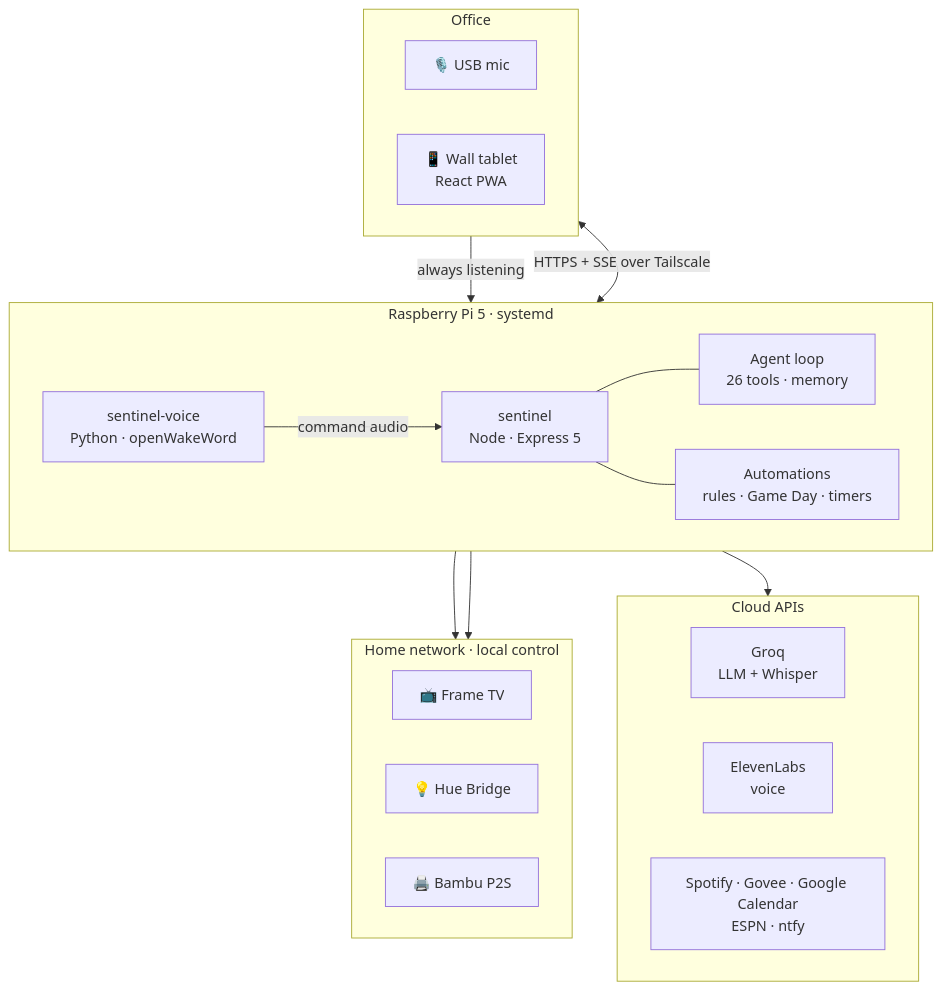
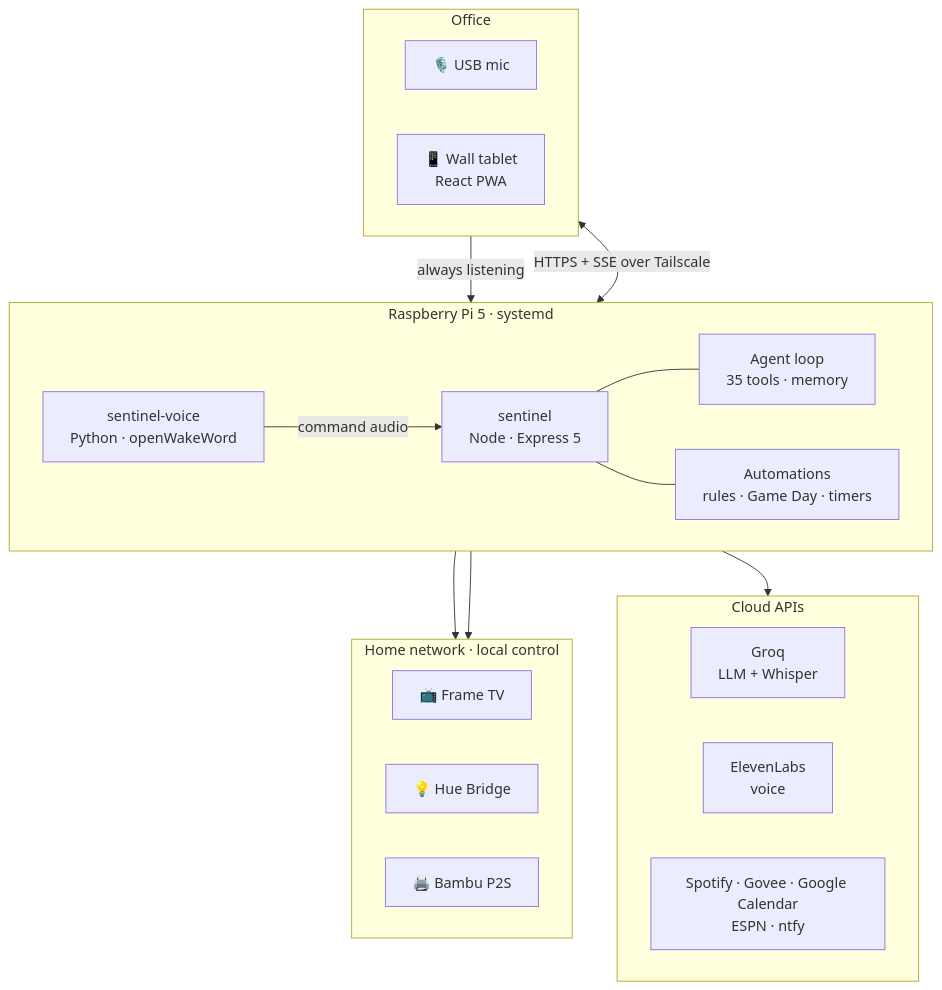
One commit to JCUN23/J.O.S.H. changed the diagram in README.md. Above: the diagram before and after it, drawn with Mermaid. The commit also changed other lines of this file and 15 other files, not shown here.

````diff
--- a/README.md
+++ b/README.md
@@ -82,39 +87,39 @@
 ```mermaid
 flowchart TB
     subgraph Office["Office"]
         direction LR
         Mic["🎙️ USB mic"]
         Tab["📱 Wall tablet<br/>React PWA"]
     end
 
     subgraph Pi["Raspberry Pi 5 · systemd"]
         direction LR
         Voice["sentinel-voice<br/>Python · openWakeWord"]
         API["sentinel<br/>Node · Express 5"]
-        Agent["Agent loop<br/>26 tools · memory"]
+        Agent["Agent loop<br/>35 tools · memory"]
         Auto["Automations<br/>rules · Game Day · timers"]
         Voice -->|"command audio"| API
         API --- Agent
         API --- Auto
     end
 
     subgraph LAN["Home network · local control"]
         direction LR
         TV["📺 Frame TV"]
         Hue["💡 Hue Bridge"]
         Printer["🖨️ Bambu P2S"]
     end
 
     subgraph Cloud["Cloud APIs"]
         direction LR
         LLM["Groq<br/>LLM + Whisper"]
         TTS["ElevenLabs<br/>voice"]
         Svc["Spotify · Govee · Google Calendar<br/>ESPN · ntfy"]
     end
 
     Mic -->|"always listening"| Voice
     Tab <-->|"HTTPS + SSE over Tailscale"| API
     Agent --> LAN
     Agent --> Cloud
     Auto --> LAN
 ```
````
